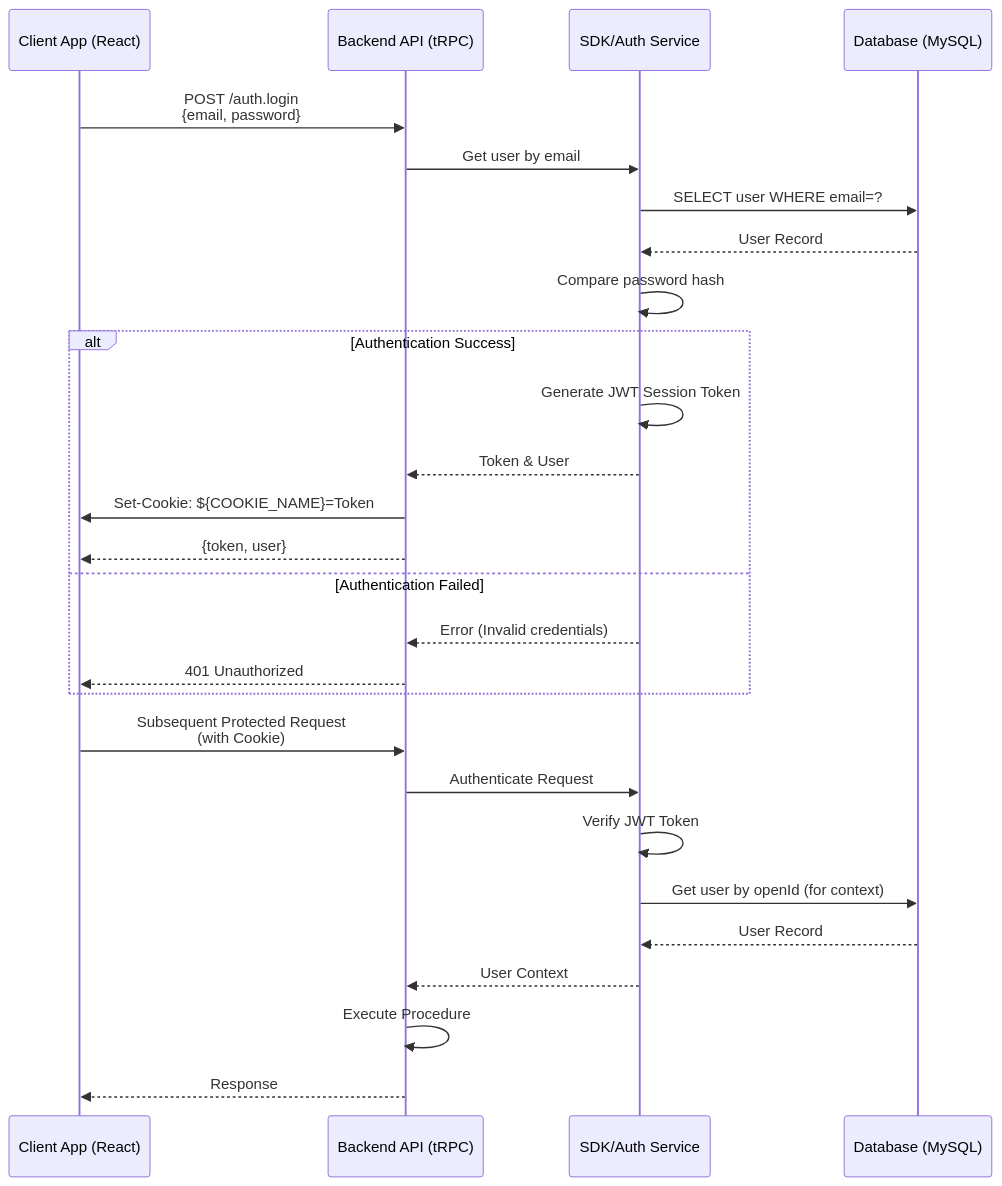
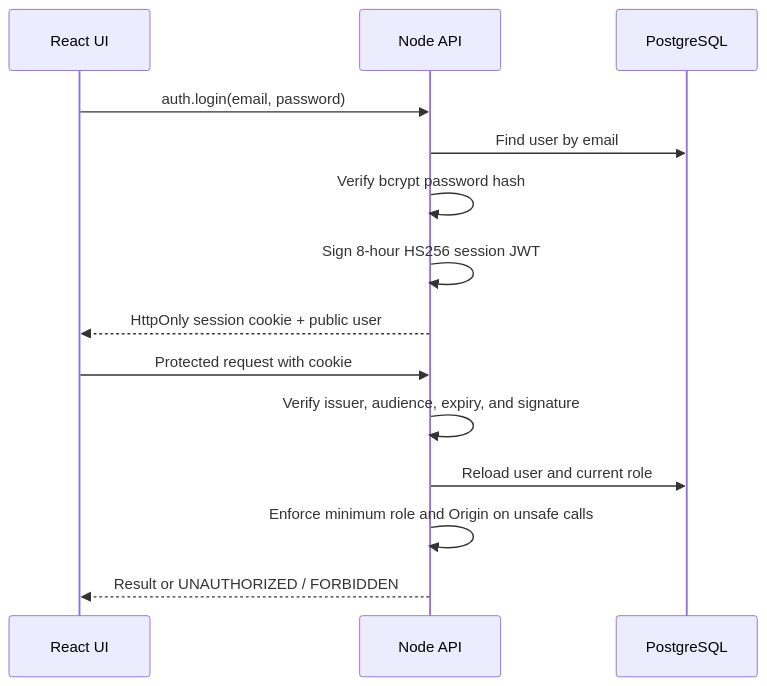
One commit to DruHustle/smart-factory-iot changed the first of 7 diagrams in docs/api-flows.md. Above: the diagram before and after it, drawn with Mermaid. The commit also changed other lines of this file and 213 other files, not shown here.

````diff
--- a/docs/api-flows.md
+++ b/docs/api-flows.md
@@ -9,32 +7,16 @@
 ```mermaid
 sequenceDiagram
-    participant Client as Client App (React)
-    participant API as Backend API (tRPC)
-    participant SDK as SDK/Auth Service
-    participant DB as Database (MySQL)
-    
-    Client->>API: POST /auth.login<br/>{email, password}
-    API->>SDK: Get user by email
-    SDK->>DB: SELECT user WHERE email=?
-    DB-->>SDK: User Record
-    
-    SDK->>SDK: Compare password hash
-    alt Authentication Success
-        SDK->>SDK: Generate JWT Session Token
-        SDK-->>API: Token & User
-        API->>Client: Set-Cookie: ${COOKIE_NAME}=Token
-        API-->>Client: {token, user}
-    else Authentication Failed
-        SDK-->>API: Error (Invalid credentials)
-        API-->>Client: 401 Unauthorized
-    end
-    
-    Client->>API: Subsequent Protected Request<br/>(with Cookie)
-    API->>SDK: Authenticate Request
-    SDK->>SDK: Verify JWT Token
-    SDK->>DB: Get user by openId (for context)
-    DB-->>SDK: User Record
-    SDK-->>API: User Context
-    API->>API: Execute Procedure
-    API-->>Client: Response
+  participant UI as React UI
+  participant API as Node API
+  participant DB as PostgreSQL
+  UI->>API: auth.login(email, password)
+  API->>DB: Find user by email
+  API->>API: Verify bcrypt password hash
+  API->>API: Sign 8-hour HS256 session JWT
+  API-->>UI: HttpOnly session cookie + public user
+  UI->>API: Protected request with cookie
+  API->>API: Verify issuer, audience, expiry, and signature
+  API->>DB: Reload user and current role
+  API->>API: Enforce minimum role and Origin on unsafe calls
+  API-->>UI: Result or UNAUTHORIZED / FORBIDDEN
 ```
````
